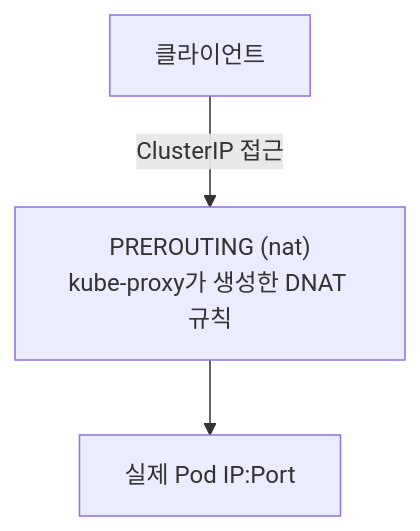
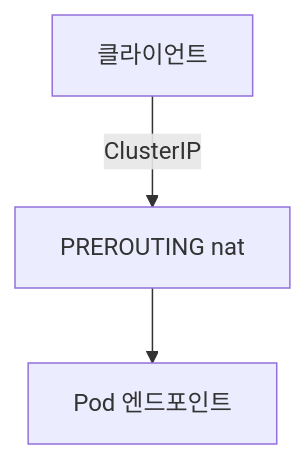
Before and after one commit to moonblueblue/devops-wiki: the fifth of 6 diagrams in content/linux/network-basics/firewall.md, drawn with Mermaid. The commit also changed other lines of this file and 37 other files, not shown here.

First line of the commit message:
style: linux 카테고리 ASCII 도표·Mermaid 라벨 형식 교정

````diff
--- a/content/linux/network-basics/firewall.md
+++ b/content/linux/network-basics/firewall.md
@@ -599,6 +618,6 @@
 ```mermaid
 graph TD
     CLI["클라이언트"]
-    -->|"ClusterIP 접근"| PRE2["PREROUTING (nat)<br/>kube-proxy가 생성한 DNAT 규칙"]
-    --> POD_IP["실제 Pod IP:Port"]
+    -->|ClusterIP| PRE2["PREROUTING nat"]
+    --> POD_IP["Pod 엔드포인트"]
 ```
````
